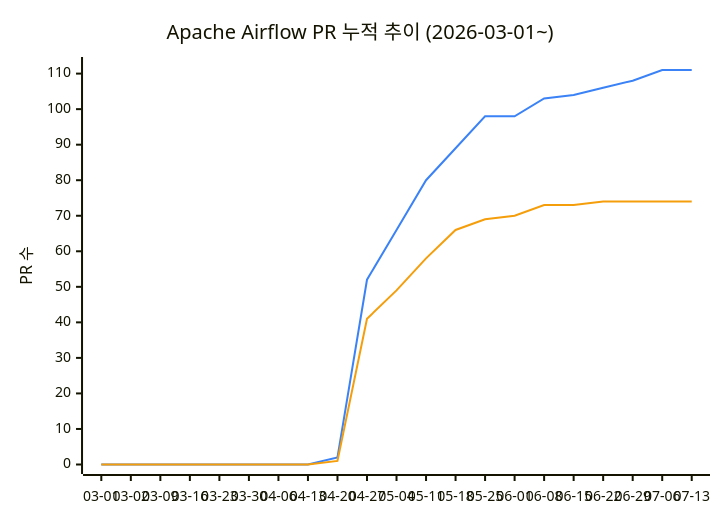
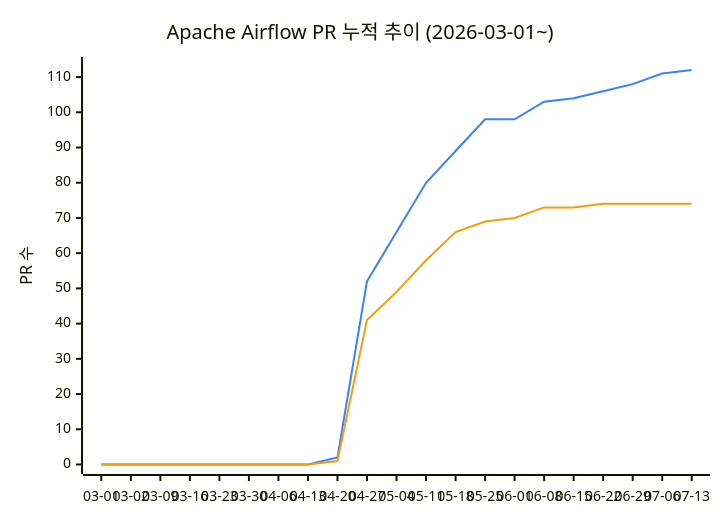
One commit to AirflowKorea/ossca changed the diagram in README.md. Above: the diagram before and after it, drawn with Mermaid. The commit also changed other lines of this file, not shown here.

````diff
--- a/README.md
+++ b/README.md
@@ -11,9 +11,9 @@
 ```mermaid
 %%{init: {"themeVariables": {"xyChart": {"plotColorPalette": "#3b82f6, #f59e0b"}}}}%%
 xychart-beta
     title "Apache Airflow PR 누적 추이 (2026-03-01~)"
     x-axis ["03-01", "03-02", "03-09", "03-16", "03-23", "03-30", "04-06", "04-13", "04-20", "04-27", "05-04", "05-11", "05-18", "05-25", "06-01", "06-08", "06-15", "06-22", "06-29", "07-06", "07-13"]
-    y-axis "PR 수" 0 --> 112
-    line [0, 0, 0, 0, 0, 0, 0, 0, 2, 52, 66, 80, 89, 98, 98, 103, 104, 106, 108, 111, 111]
+    y-axis "PR 수" 0 --> 113
+    line [0, 0, 0, 0, 0, 0, 0, 0, 2, 52, 66, 80, 89, 98, 98, 103, 104, 106, 108, 111, 112]
     line [0, 0, 0, 0, 0, 0, 0, 0, 1, 41, 49, 58, 66, 69, 70, 73, 73, 74, 74, 74, 74]
 ```
````
